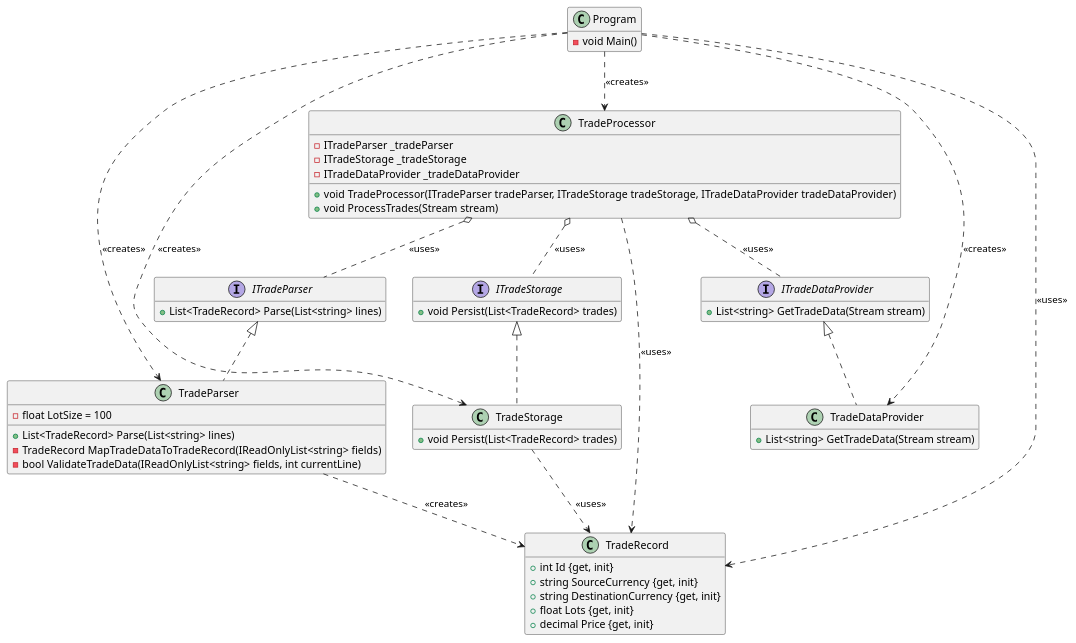
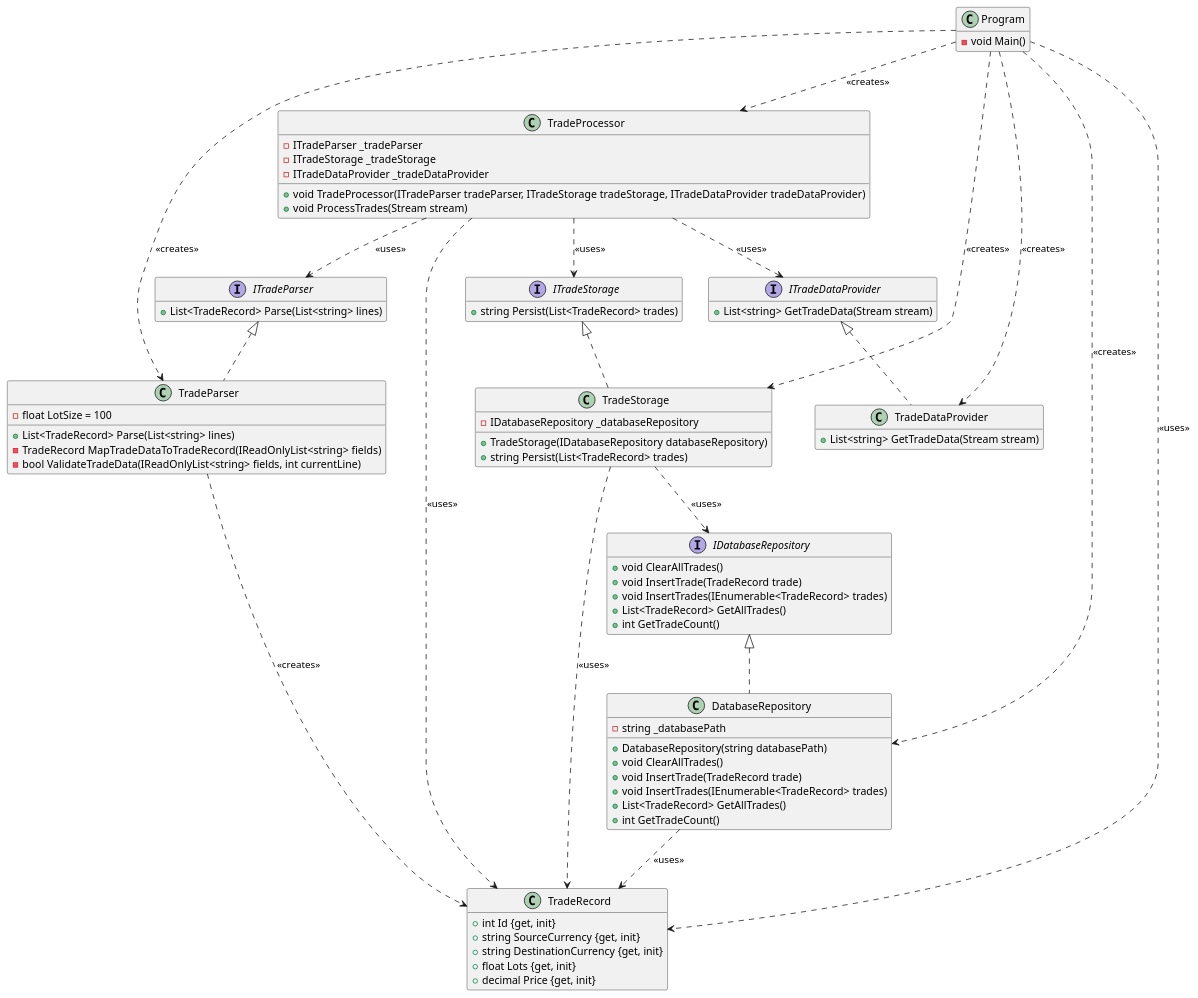
Before and after one commit to Shane-Wilson-class/solid-project-1: the diagram in solid-project-1/After.puml, drawn with PlantUML.

Commit message:
Fix After.puml diagram to accurately represent complete SOLID implementation
- Added missing IDatabaseRepository interface with all 5 method signatures
- Updated TradeStorage to depend on IDatabaseRepository interface (not concrete class)
- Added DatabaseRepository class definition with proper interface implementation
- Fixed ITradeStorage.Persist() return type from void to string
- Added relationship showing DatabaseRepository implements IDatabaseRepository
- Updated dependency arrows to show TradeStorage uses IDatabaseRepository interface
- Diagram now correctly demonstrates Dependency Inversion Principle
- All relationships now match the complete solution branch implementation

```diff
--- a/solid-project-1/After.puml
+++ b/solid-project-1/After.puml
@@ -1,67 +1,91 @@
 @startuml
 
 hide empty members
 
 interface ITradeDataProvider {
     + List<string> GetTradeData(Stream stream)
 }
 
 interface  ITradeParser {
     + List<TradeRecord> Parse(List<string> lines)
 }
 
 interface ITradeStorage {
-    + void Persist(List<TradeRecord> trades)
+    + string Persist(List<TradeRecord> trades)
+}
+
+interface IDatabaseRepository {
+    + void ClearAllTrades()
+    + void InsertTrade(TradeRecord trade)
+    + void InsertTrades(IEnumerable<TradeRecord> trades)
+    + List<TradeRecord> GetAllTrades()
+    + int GetTradeCount()
 }
 
 class TradeDataProvider {
     + List<string> GetTradeData(Stream stream)
 }
 
 class TradeParser {
     - float LotSize = 100
     + List<TradeRecord> Parse(List<string> lines)
     - TradeRecord MapTradeDataToTradeRecord(IReadOnlyList<string> fields)
     - bool ValidateTradeData(IReadOnlyList<string> fields, int currentLine)
 }
 
+class DatabaseRepository {
+    - string _databasePath
+    + DatabaseRepository(string databasePath)
+    + void ClearAllTrades()
+    + void InsertTrade(TradeRecord trade)
+    + void InsertTrades(IEnumerable<TradeRecord> trades)
+    + List<TradeRecord> GetAllTrades()
+    + int GetTradeCount()
+}
+
 class TradeStorage {
-    + void Persist(List<TradeRecord> trades)
+    - IDatabaseRepository _databaseRepository
+    + TradeStorage(IDatabaseRepository databaseRepository)
+    + string Persist(List<TradeRecord> trades)
 }
 
 class TradeProcessor {
     - ITradeParser _tradeParser
     - ITradeStorage _tradeStorage
     - ITradeDataProvider _tradeDataProvider
     + void TradeProcessor(ITradeParser tradeParser, ITradeStorage tradeStorage, ITradeDataProvider tradeDataProvider)
     + void ProcessTrades(Stream stream)
 }
 
 class TradeRecord {
     + int Id {get, init}
     + string SourceCurrency {get, init}
     + string DestinationCurrency {get, init}
     + float Lots {get, init}
     + decimal Price {get, init}
 }
 
 class Program {
     - void Main()
 }
 
 TradeDataProvider ..up|> ITradeDataProvider
 TradeParser ..up|> ITradeParser
 TradeStorage ..up|> ITradeStorage
-TradeProcessor o.. ITradeDataProvider: <<uses>>
-TradeProcessor o.. ITradeParser: <<uses>>
-TradeProcessor o.. ITradeStorage: <<uses>>
+DatabaseRepository ..up|> IDatabaseRepository
+TradeProcessor ..> ITradeDataProvider: <<uses>>
+TradeProcessor ..> ITradeParser: <<uses>>
+TradeProcessor ..> ITradeStorage: <<uses>>
 TradeProcessor ..> TradeRecord: <<uses>>
 TradeParser ..> TradeRecord: <<creates>>
 TradeStorage ..> TradeRecord: <<uses>>
+TradeStorage ..> IDatabaseRepository: <<uses>>
+DatabaseRepository ..> TradeRecord: <<uses>>
 Program ..> TradeProcessor: <<creates>>
 Program ..> TradeDataProvider: <<creates>>
 Program ..> TradeParser: <<creates>>
 Program ..> TradeStorage: <<creates>>
+Program ..> DatabaseRepository: <<creates>>
 Program ..> TradeRecord: <<uses>>
 
 @enduml
```
